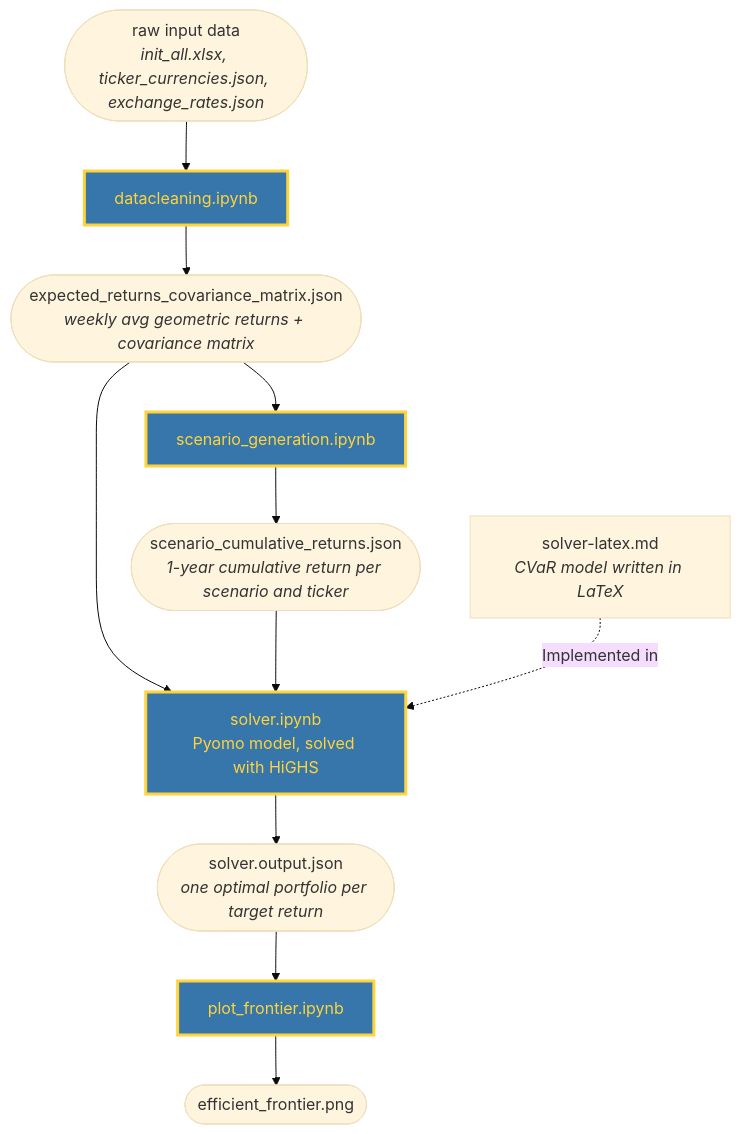
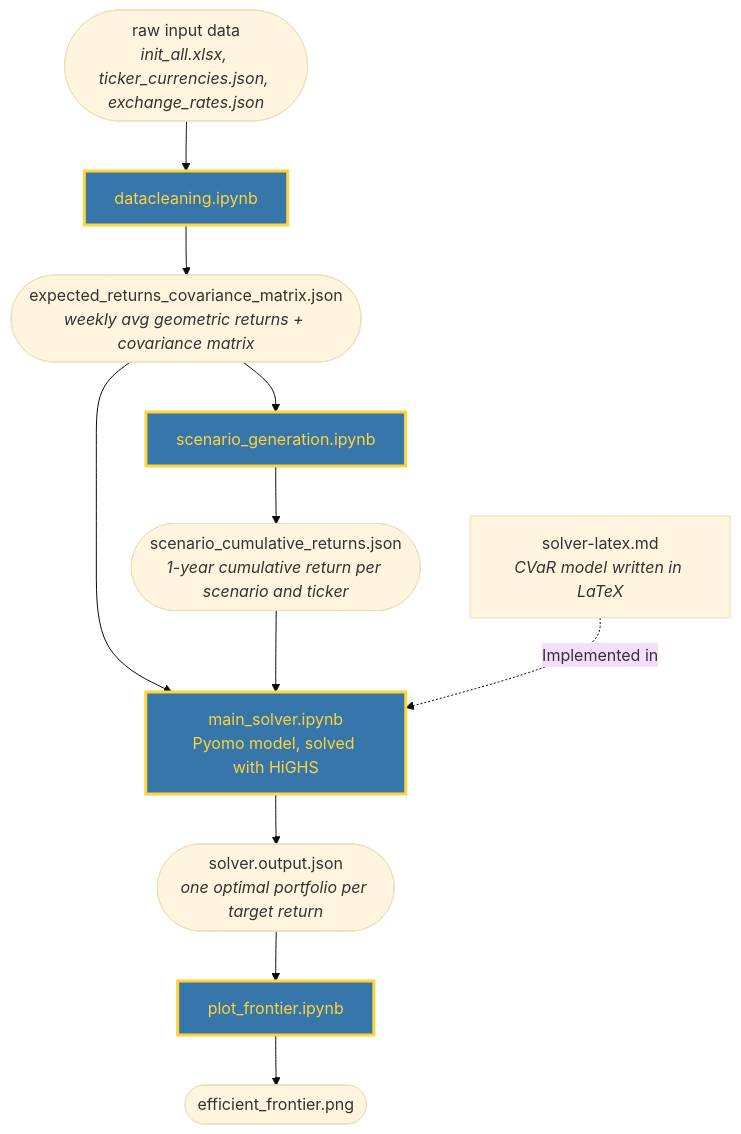
Before and after one commit to RavSeime/or-central-repo: the diagram in main-assignment/README.md, drawn with Mermaid (base theme). The commit also changed other lines of this file and 1 other file, not shown here.

Commit message:
Rename solver notebook to main_solver and update README references

````diff
--- a/main-assignment/README.md
+++ b/main-assignment/README.md
@@ -7,31 +7,31 @@
 ```mermaid
 flowchart TD
 
 raw([raw input data<br><i>init_all.xlsx, ticker_currencies.json, exchange_rates.json</i>])
 
 clean[datacleaning.ipynb]:::python
 stats([expected_returns_covariance_matrix.json<br><i>weekly avg geometric returns + covariance matrix</i>])
 
 scen[scenario_generation.ipynb]:::python
 scen_out([scenario_cumulative_returns.json<br><i>1-year cumulative return per scenario and ticker</i>])
 
 latex[solver-latex.md<br><i>CVaR model written in LaTeX</i>]
-solver[solver.ipynb<br>Pyomo model, solved with HiGHS]:::python
+solver[main_solver.ipynb<br>Pyomo model, solved with HiGHS]:::python
 solver_out([solver.output.json<br><i>one optimal portfolio per target return</i>])
 
 plot[plot_frontier.ipynb]:::python
 plot_out([efficient_frontier.png])
 
 raw --> clean
 clean --> stats
 stats --> scen
 scen --> scen_out
 stats --> solver
 scen_out --> solver
 latex -. "Implemented in" .-> solver
 solver --> solver_out
 solver_out --> plot
 plot --> plot_out
 
 classDef python fill:#3776AB,stroke:#FFD43B,stroke-width:3px,color:#FFD43B
 ```
````
